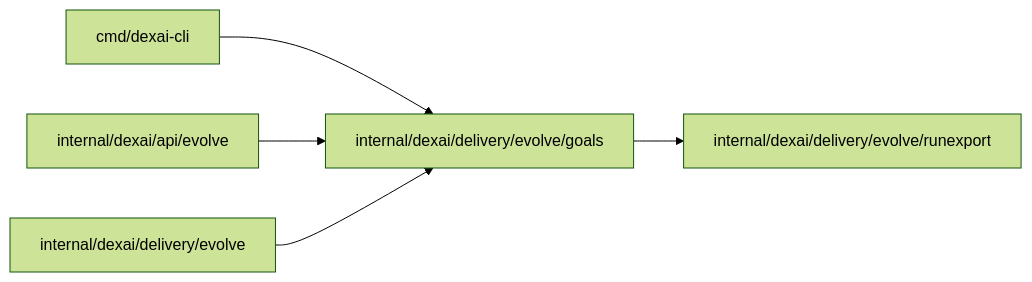
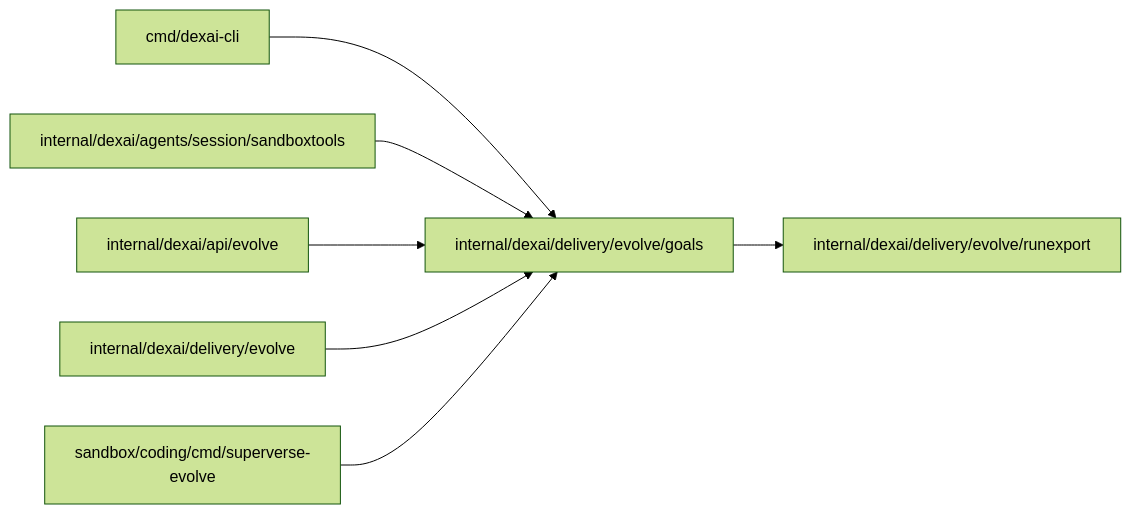
The diagram in internal/dexai/delivery/evolve/goals/README.md (superdurable/superverse), drawn with Mermaid (forest theme) before and after one commit. The commit also changed other lines of this file and 226 other files, not shown here.

````diff
--- a/internal/dexai/delivery/evolve/goals/README.md
+++ b/internal/dexai/delivery/evolve/goals/README.md
@@ -10,8 +10,10 @@
 ```mermaid
 flowchart LR
   self["internal/dexai/delivery/evolve/goals"]
   c0["cmd/dexai-cli"] --> self
-  c1["internal/dexai/api/evolve"] --> self
-  c2["internal/dexai/delivery/evolve"] --> self
+  c1["internal/dexai/agents/session/sandboxtools"] --> self
+  c2["internal/dexai/api/evolve"] --> self
+  c3["internal/dexai/delivery/evolve"] --> self
+  c4["sandbox/coding/cmd/superverse-evolve"] --> self
   self --> d0["internal/dexai/delivery/evolve/runexport"]
 ```
````
